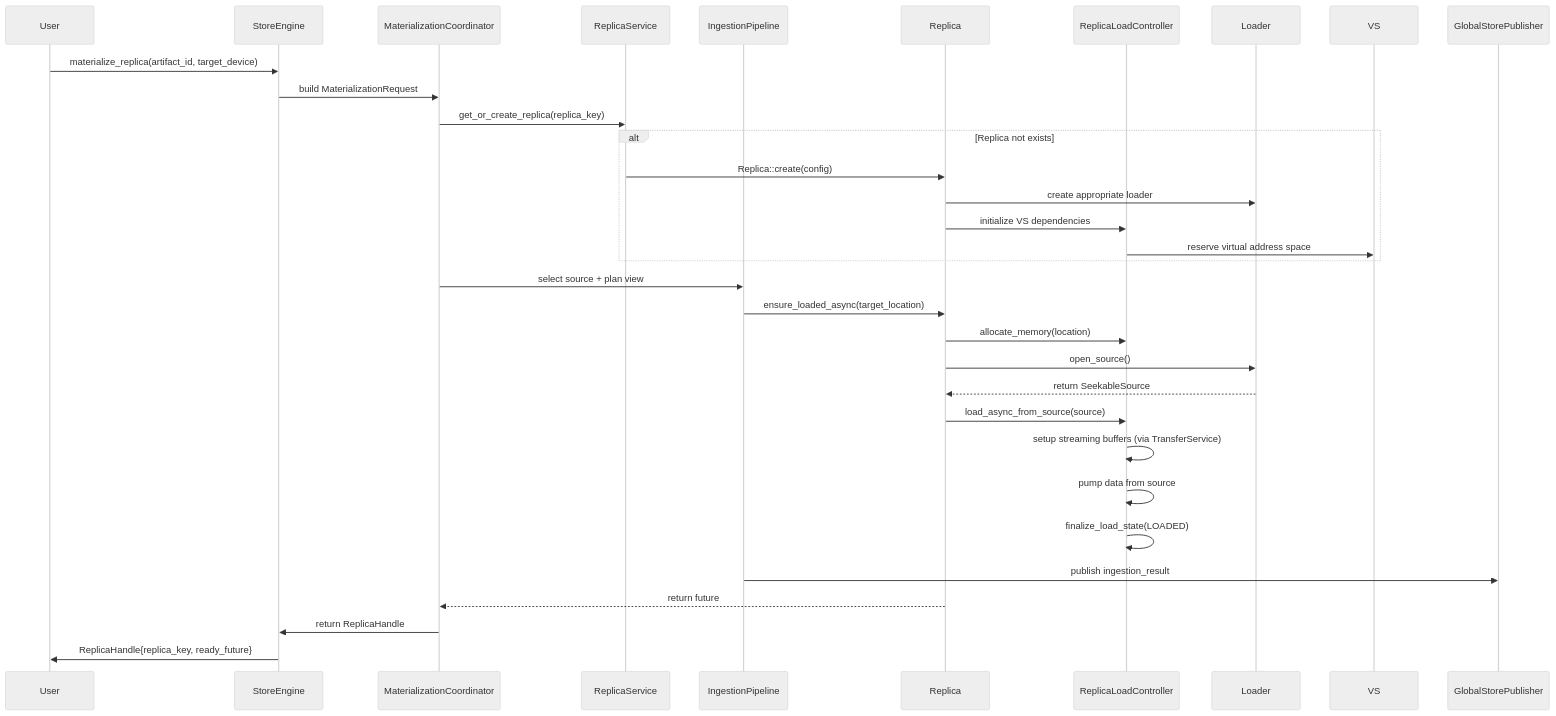
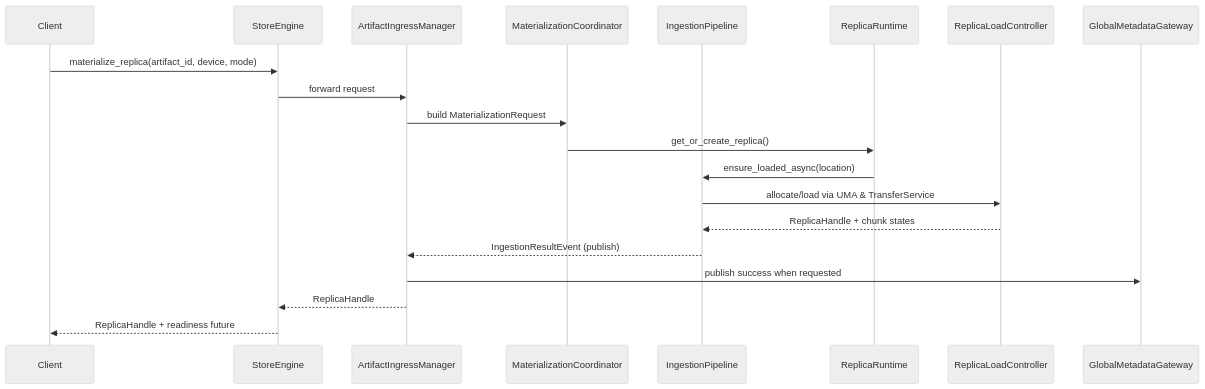
Before and after one commit to tensorcast-ai/tensorcast: the second of 3 diagrams in core/store/docs/architecture.md, drawn with Mermaid (neutral theme). The commit also changed other lines of this file and 47 other files, not shown here.

Commit message:
refactor(store): rearchitect runtime components for improved modularity (#103)

````diff
--- a/core/store/docs/architecture.md
+++ b/core/store/docs/architecture.md
@@ -704,40 +202,23 @@
 ```mermaid
 sequenceDiagram
-    participant User
-    participant CS as StoreEngine
+    participant Client
+    participant SE as StoreEngine
+    participant AIM as ArtifactIngressManager
     participant MC as MaterializationCoordinator
-    participant RS as ReplicaService
     participant IP as IngestionPipeline
-    participant M as Replica
-    participant MM as ReplicaLoadController
-    participant L as Loader
-    participant VS
-    participant GP as GlobalStorePublisher
+    participant RR as ReplicaRuntime
+    participant RLC as ReplicaLoadController
+    participant GMG as GlobalMetadataGateway
 
-    User->>CS: materialize_replica(artifact_id, target_device)
-    CS->>MC: build MaterializationRequest
-    MC->>RS: get_or_create_replica(replica_key)
-
-    alt Replica not exists
-        RS->>M: Replica::create(config)
-        M->>L: create appropriate loader
-        M->>MM: initialize VS dependencies
-        MM->>VS: reserve virtual address space
-    end
-
-    MC->>IP: select source + plan view
-    IP->>M: ensure_loaded_async(target_location)
-    M->>MM: allocate_memory(location)
-    M->>L: open_source()
-    L-->>M: return SeekableSource
-    M->>MM: load_async_from_source(source)
-
-    MM->>MM: setup streaming buffers (via TransferService)
-    MM->>MM: pump data from source
-    MM->>MM: finalize_load_state(LOADED)
-
-    IP->>GP: publish ingestion_result
-    M-->>MC: return future
-    MC->>CS: return ReplicaHandle
-    CS->>User: ReplicaHandle{replica_key, ready_future}
+    Client->>SE: materialize_replica(artifact_id, device, mode)
+    SE->>AIM: forward request
+    AIM->>MC: build MaterializationRequest
+    MC->>RR: get_or_create_replica()
+    RR->>IP: ensure_loaded_async(location)
+    IP->>RLC: allocate/load via UMA & TransferService
+    RLC-->>IP: ReplicaHandle + chunk states
+    IP-->>AIM: IngestionResultEvent (publish)
+    AIM->>GMG: publish success when requested
+    AIM-->>SE: ReplicaHandle
+    SE-->>Client: ReplicaHandle + readiness future
 ```
````
